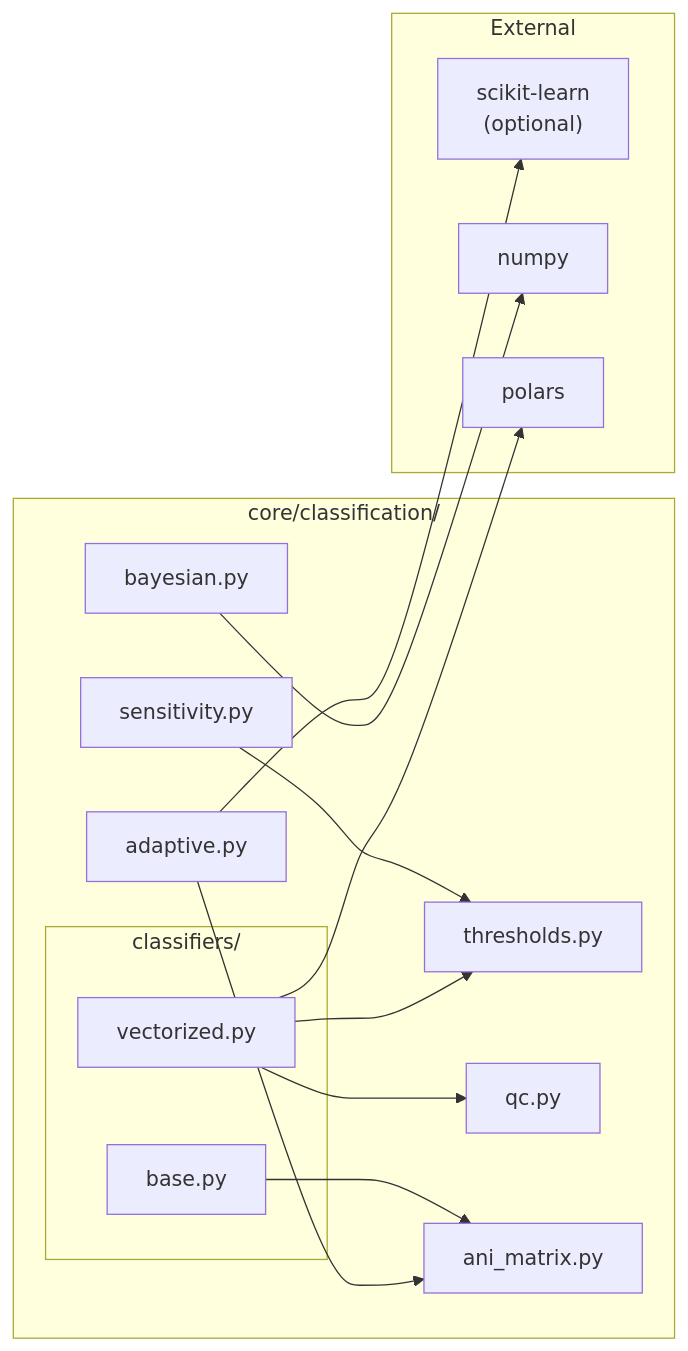
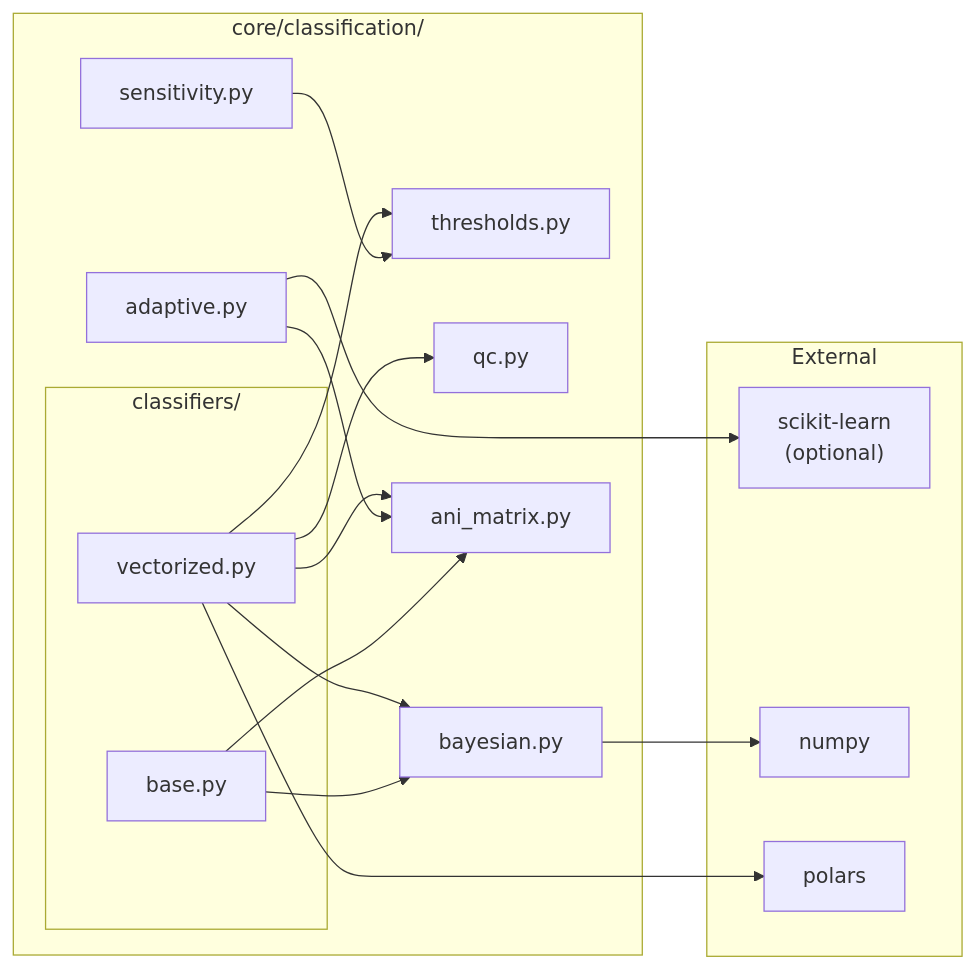
Diagram 17 of 20 in docs/ARCHITECTURE.md (FOI-Bioinformatics/metadarkmatter), drawn with Mermaid before and after one commit. The commit also changed other lines of this file and 3 other files, not shown here.

````diff
--- a/docs/ARCHITECTURE.md
+++ b/docs/ARCHITECTURE.md
@@ -651,31 +677,34 @@
 ```mermaid
 flowchart LR
     subgraph "core/classification/"
         THRESH["thresholds.py"]
         QC["qc.py"]
         SENS["sensitivity.py"]
         ADAPT["adaptive.py"]
         BAYES["bayesian.py"]
         ANI_MAT["ani_matrix.py"]
 
         subgraph classifiers["classifiers/"]
             BASE["base.py"]
             VEC["vectorized.py"]
         end
     end
 
     subgraph external["External"]
         SKLEARN["scikit-learn<br/>(optional)"]
         NUMPY["numpy"]
         POLARS["polars"]
     end
 
     VEC --> THRESH
     VEC --> QC
+    VEC --> BAYES
+    VEC --> ANI_MAT
+    BASE --> BAYES
     SENS --> THRESH
     ADAPT --> ANI_MAT
     ADAPT --> SKLEARN
     BAYES --> NUMPY
     VEC --> POLARS
     BASE --> ANI_MAT
 ```
````
